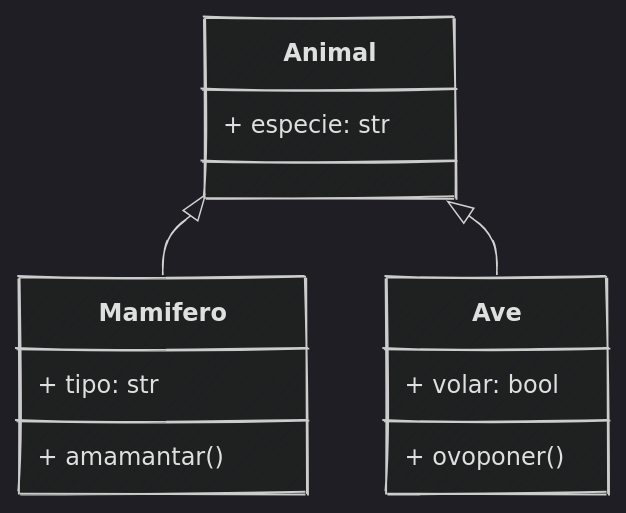
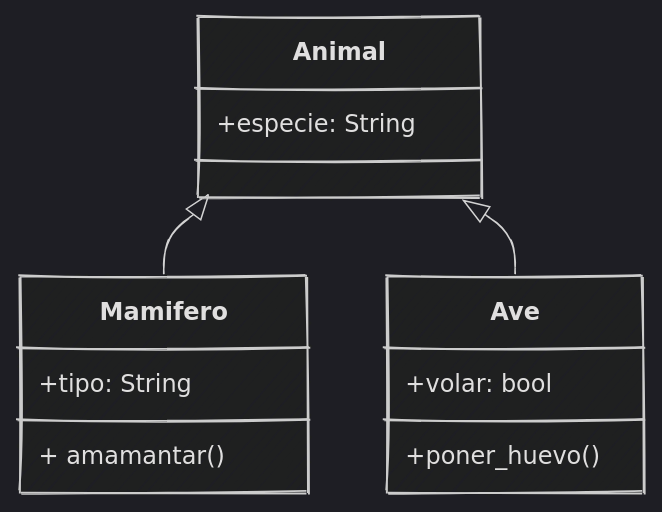
Before and after one commit to python-la-paz/python-study-group-oop: the fifth of 9 diagrams in content/sesion05/Readme.md, drawn with Mermaid. The commit also changed other lines of this file and 7 other files, not shown here.

````diff
--- a/content/sesion05/Readme.md
+++ b/content/sesion05/Readme.md
@@ -309,17 +345,17 @@
 ```mermaid
 %%{init: {"theme": "dark", "look": "handDrawn" }}%%
 classDiagram
     class Animal {
-        + especie: str
+        +especie: String
     }
     class Mamifero {
-        + tipo: str
+        +tipo: String
         + amamantar()
     }
     class Ave {
-        + volar: bool
-        + ovoponer()
+        +volar: bool
+        +poner_huevo()
     }
     Animal <|-- Mamifero
     Animal <|-- Ave
 ```
````
